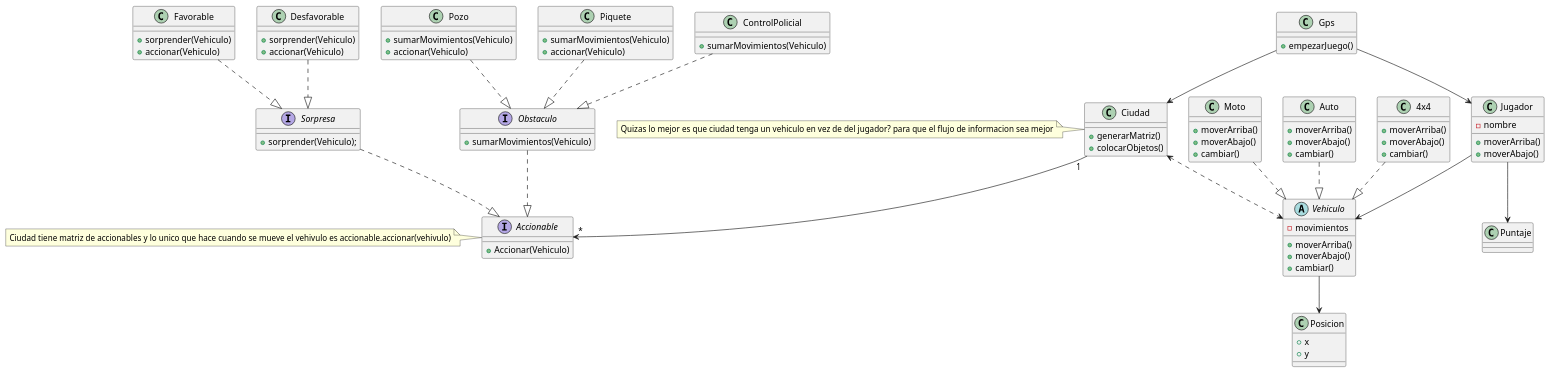
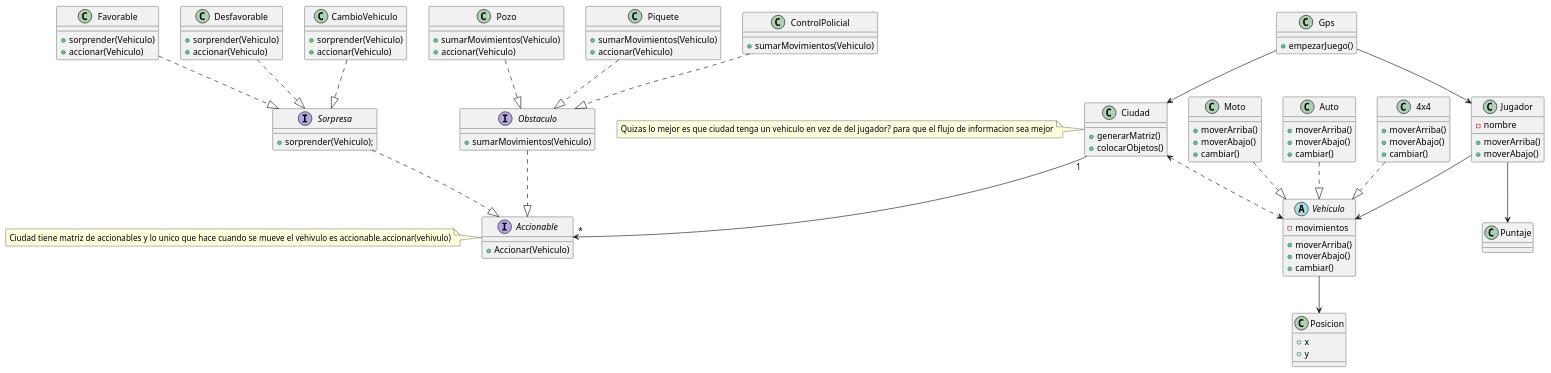
Before and after one commit to Fanusaez/algo3_tp2_2022: the diagram in diagrams/Entrega0/DiagramaDeClases.puml, drawn with PlantUML.

Commit message:
Actualización del Diagrama de Clases: Creación de la clase "CambioVehiculo", que representa la sorpresa llamada "Sorpresa Cambio de Vehículo".

```diff
--- a/diagrams/Entrega0/DiagramaDeClases.puml
+++ b/diagrams/Entrega0/DiagramaDeClases.puml
@@ -1,123 +1,130 @@
 @startuml
 'https://plantuml.com/class-diagram
 
 class Gps{
     + empezarJuego()
 }
 
 class Jugador{
     - nombre
 
     + moverArriba()
     + moverAbajo()
 }
 
 abstract Vehiculo{
     - movimientos
     + moverArriba()
     + moverAbajo()
     + cambiar()
 }
 
 interface Accionable{
     +Accionar(Vehiculo)
 }
 
 class Moto{
     + moverArriba()
     + moverAbajo()
     + cambiar()
 }
 class Auto{
     + moverArriba()
     + moverAbajo()
     + cambiar()
 }
 
 class 4x4{
     + moverArriba()
     + moverAbajo()
     + cambiar()
 }
 
 class Ciudad{
     + generarMatriz()
     + colocarObjetos()
 }
 
 class Posicion{
     + x
     + y
 }
 
 interface Sorpresa{
     + sorprender(Vehiculo);
 }
 
 class Favorable{
     + sorprender(Vehiculo)
     + accionar(Vehiculo)
 }
 
 class Desfavorable{
     + sorprender(Vehiculo)
     + accionar(Vehiculo)
 }
 
+class CambioVehiculo{
+    + sorprender(Vehiculo)
+    + accionar(Vehiculo)
+}
+
 interface Obstaculo{
     + sumarMovimientos(Vehiculo)
 }
 
 class Pozo{
     + sumarMovimientos(Vehiculo)
      + accionar(Vehiculo)
 }
 
 class Piquete{
     + sumarMovimientos(Vehiculo)
     + accionar(Vehiculo)
 }
 
 class ControlPolicial{
     + sumarMovimientos(Vehiculo)
 
 }
 
 
 class Posicion{
 
 }
 
 class Puntaje{
 }
 Moto ..|> Vehiculo
 Auto ..|> Vehiculo
 4x4 ..|> Vehiculo
 Gps --> Jugador
 Gps --> Ciudad
 Vehiculo --> Posicion
 Pozo ..|> Obstaculo
 
 Piquete ..|> Obstaculo
 
 ControlPolicial ..|> Obstaculo
 
 Ciudad "1" --> "*" Accionable
 Ciudad <..> Vehiculo
 
 Favorable ..|> Sorpresa
 
 Desfavorable ..|> Sorpresa
 
+CambioVehiculo ..|> Sorpresa
+
 Jugador --> Vehiculo
 Jugador --> Puntaje
 
 Sorpresa ..|> Accionable
 Obstaculo ..|> Accionable
 
 note left of Ciudad: Quizas lo mejor es que ciudad tenga un vehiculo en vez de del jugador? para que el flujo de informacion sea mejor
 note left of Accionable: Ciudad tiene matriz de accionables y lo unico que hace cuando se mueve el vehivulo es accionable.accionar(vehivulo)
 
 
 
 @enduml
```
